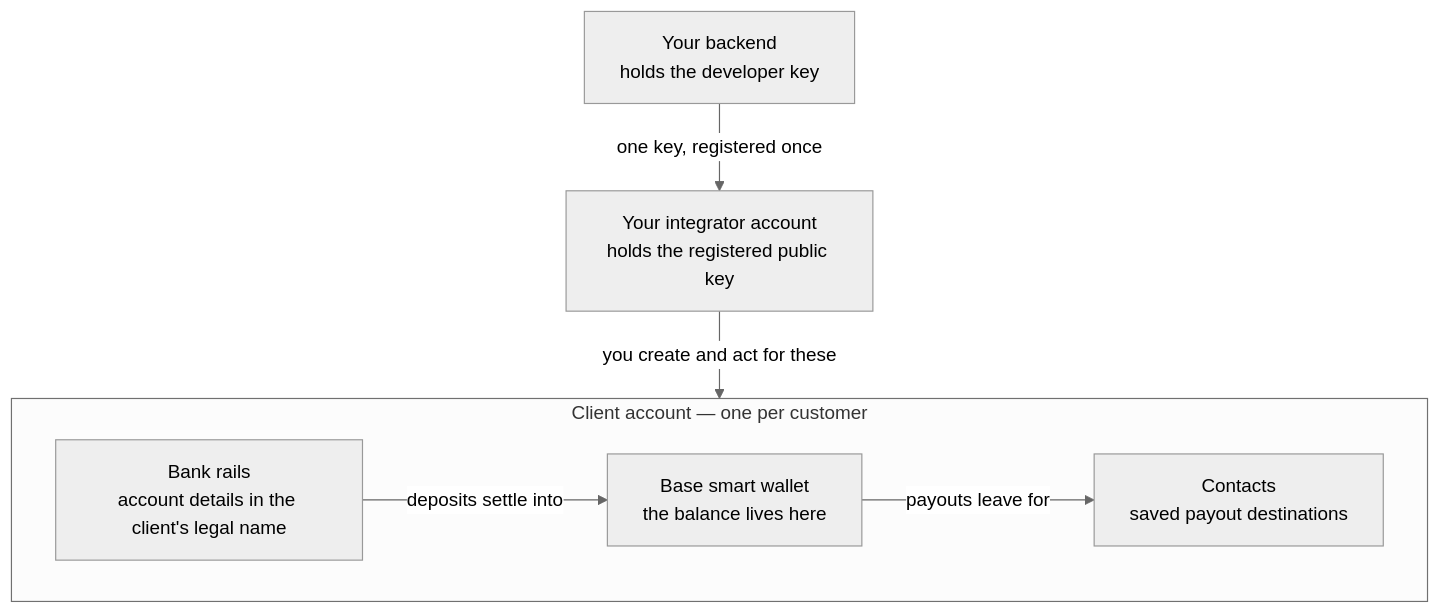
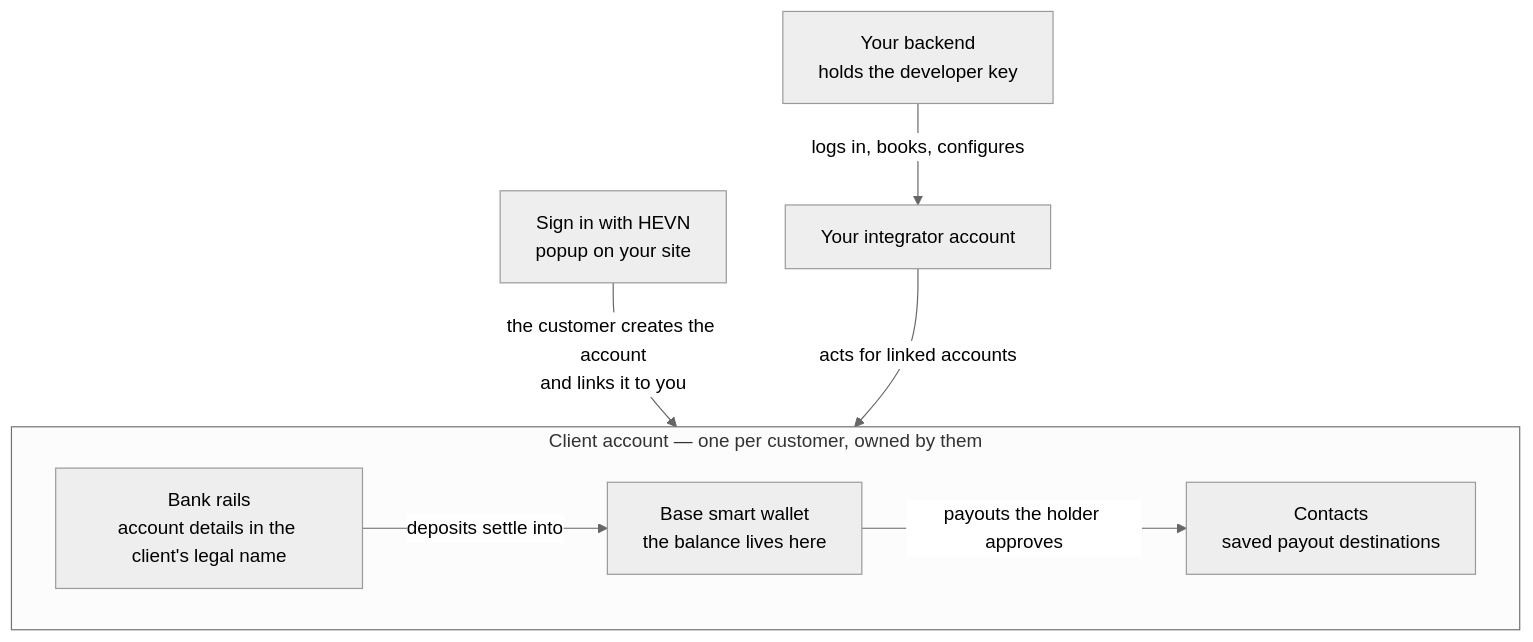
Before and after one commit to hevn-inc/docs: the diagram in whitelabel/overview.mdx, drawn with Mermaid (neutral theme). The commit also changed other lines of this file and 29 other files, not shown here.

First line of the commit message:
Document the non-custodial whitelabel API and Sign in with HEVN

````diff
--- a/whitelabel/overview.mdx
+++ b/whitelabel/overview.mdx
@@ -9,14 +8,16 @@
 ```mermaid
 flowchart TB
     K["Your backend<br/>holds the developer key"]
-    I["Your integrator account<br/>holds the registered public key"]
-    K -->|"one key, registered once"| I
-    I -->|"you create and act for these"| Wallet
-    subgraph Wallet["Client account — one per customer"]
+    I["Your integrator account"]
+    P["Sign in with HEVN<br/>popup on your site"]
+    K -->|"logs in, books, configures"| I
+    P -->|"the customer creates the account<br/>and links it to you"| Wallet
+    I -->|"acts for linked accounts"| Wallet
+    subgraph Wallet["Client account — one per customer, owned by them"]
         W["Base smart wallet<br/>the balance lives here"]
         B["Bank rails<br/>account details in the client's legal name"]
         T["Contacts<br/>saved payout destinations"]
         B -->|"deposits settle into"| W
-        W -->|"payouts leave for"| T
+        W -->|"payouts the holder approves"| T
     end
 ```
````
